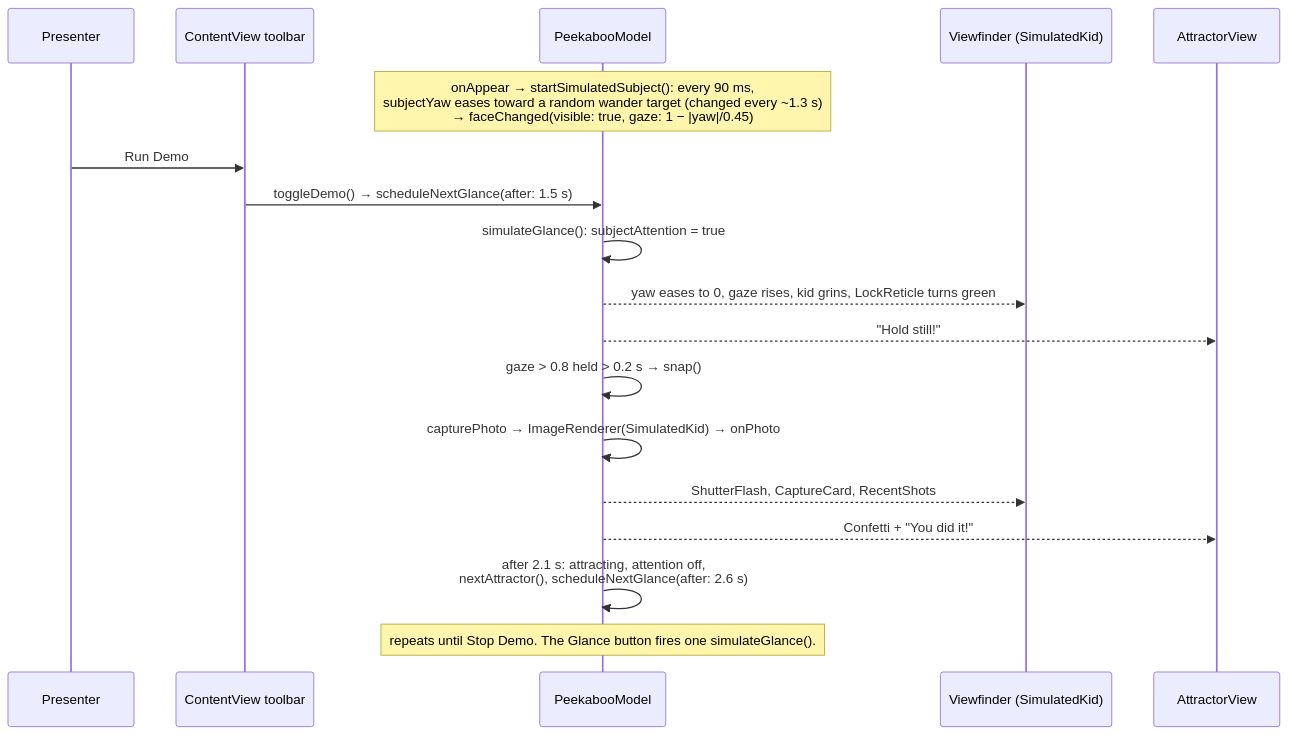
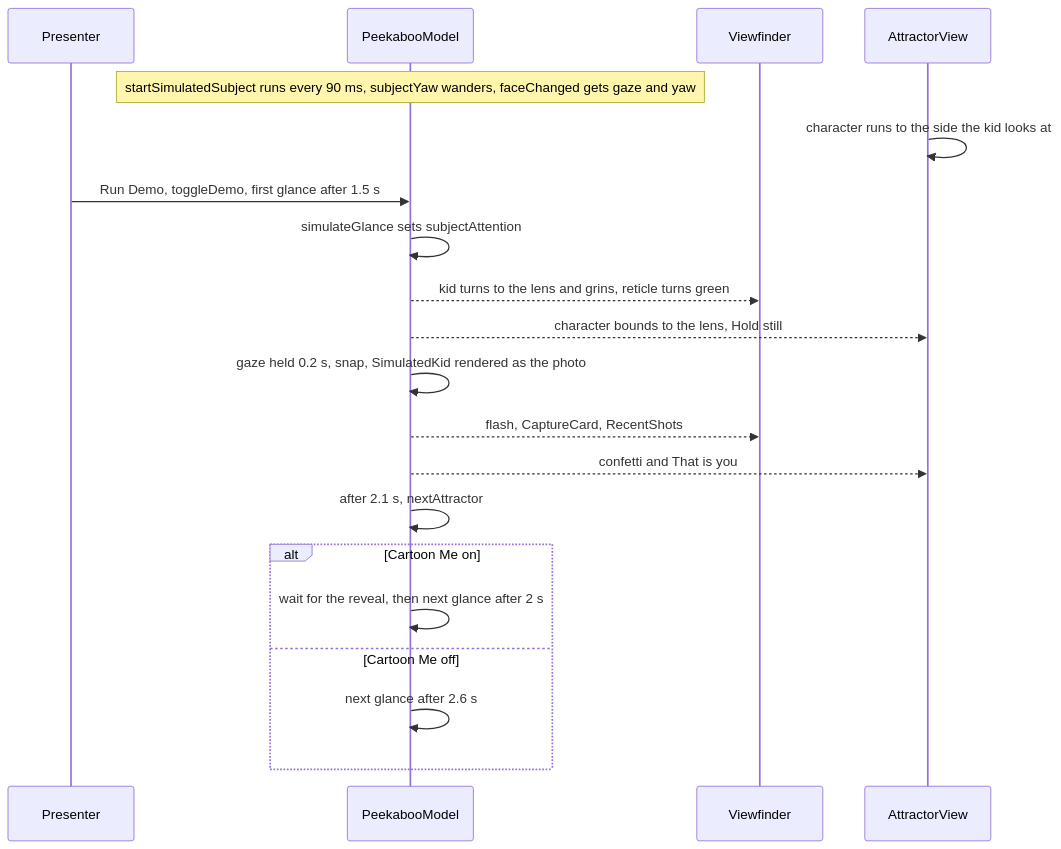
One commit to techadnank9/peekaboo changed the fifth of 6 diagrams in ARCHITECTURE.md. Above: the diagram before and after it, drawn with Mermaid. The commit also changed other lines of this file, not shown here.

Commit message:
Architecture: Cartoon Me, characters, GitHub-safe diagrams

````diff
--- a/ARCHITECTURE.md
+++ b/ARCHITECTURE.md
@@ -128,20 +152,22 @@
 ```mermaid
 sequenceDiagram
     participant P as Presenter
-    participant CV as ContentView toolbar
     participant M as PeekabooModel
-    participant VF as Viewfinder (SimulatedKid)
+    participant VF as Viewfinder
     participant AV as AttractorView
-    Note over M: onAppear → startSimulatedSubject(): every 90 ms,<br/>subjectYaw eases toward a random wander target (changed every ~1.3 s)<br/>→ faceChanged(visible: true, gaze: 1 − |yaw|/0.45)
-    P->>CV: Run Demo
-    CV->>M: toggleDemo() → scheduleNextGlance(after: 1.5 s)
-    M->>M: simulateGlance(): subjectAttention = true
-    M-->>VF: yaw eases to 0, gaze rises, kid grins, LockReticle turns green
-    M-->>AV: "Hold still!"
-    M->>M: gaze > 0.8 held > 0.2 s → snap()
-    M->>M: capturePhoto → ImageRenderer(SimulatedKid) → onPhoto
-    M-->>VF: ShutterFlash, CaptureCard, RecentShots
-    M-->>AV: Confetti + "You did it!"
-    M->>M: after 2.1 s: attracting, attention off,<br/>nextAttractor(), scheduleNextGlance(after: 2.6 s)
-    Note over M: repeats until Stop Demo. The Glance button fires one simulateGlance().
+    Note over M: startSimulatedSubject runs every 90 ms, subjectYaw wanders, faceChanged gets gaze and yaw
+    AV->>AV: character runs to the side the kid looks at
+    P->>M: Run Demo, toggleDemo, first glance after 1.5 s
+    M->>M: simulateGlance sets subjectAttention
+    M-->>VF: kid turns to the lens and grins, reticle turns green
+    M-->>AV: character bounds to the lens, Hold still
+    M->>M: gaze held 0.2 s, snap, SimulatedKid rendered as the photo
+    M-->>VF: flash, CaptureCard, RecentShots
+    M-->>AV: confetti and That is you
+    M->>M: after 2.1 s, nextAttractor
+    alt Cartoon Me on
+        M->>M: wait for the reveal, then next glance after 2 s
+    else Cartoon Me off
+        M->>M: next glance after 2.6 s
+    end
 ```
````
